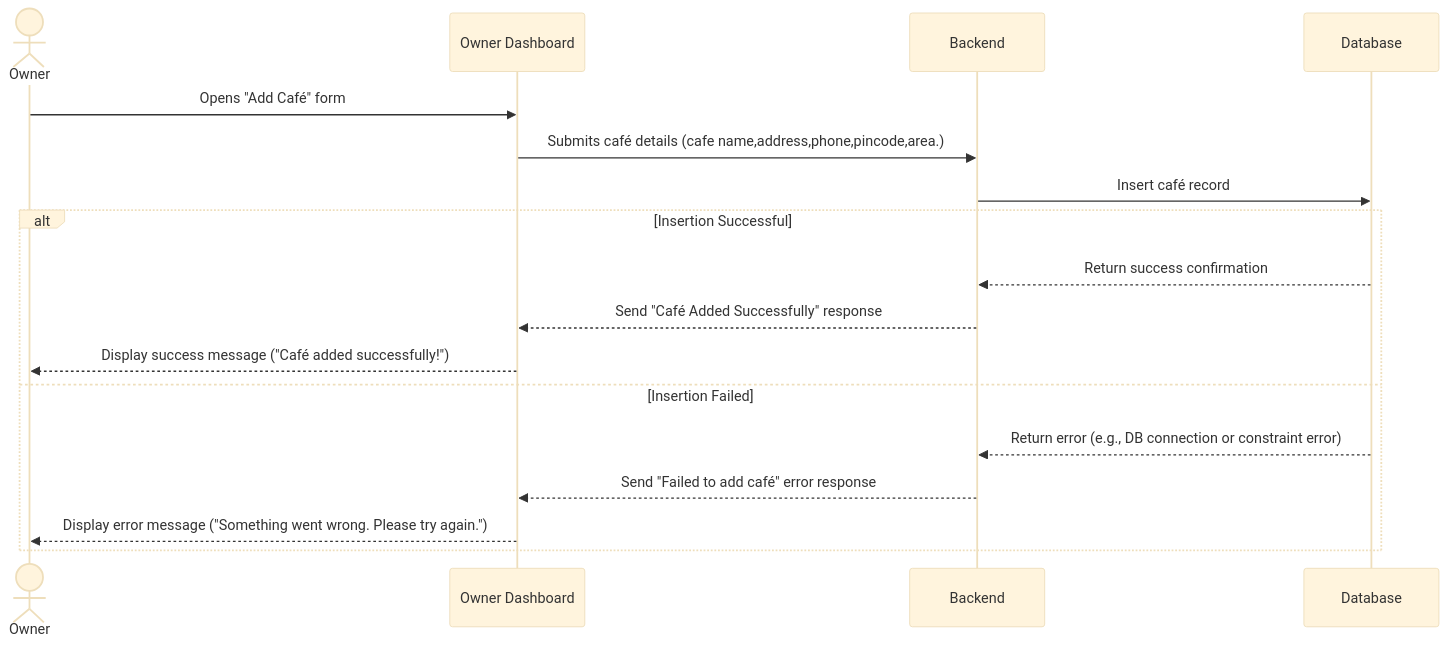
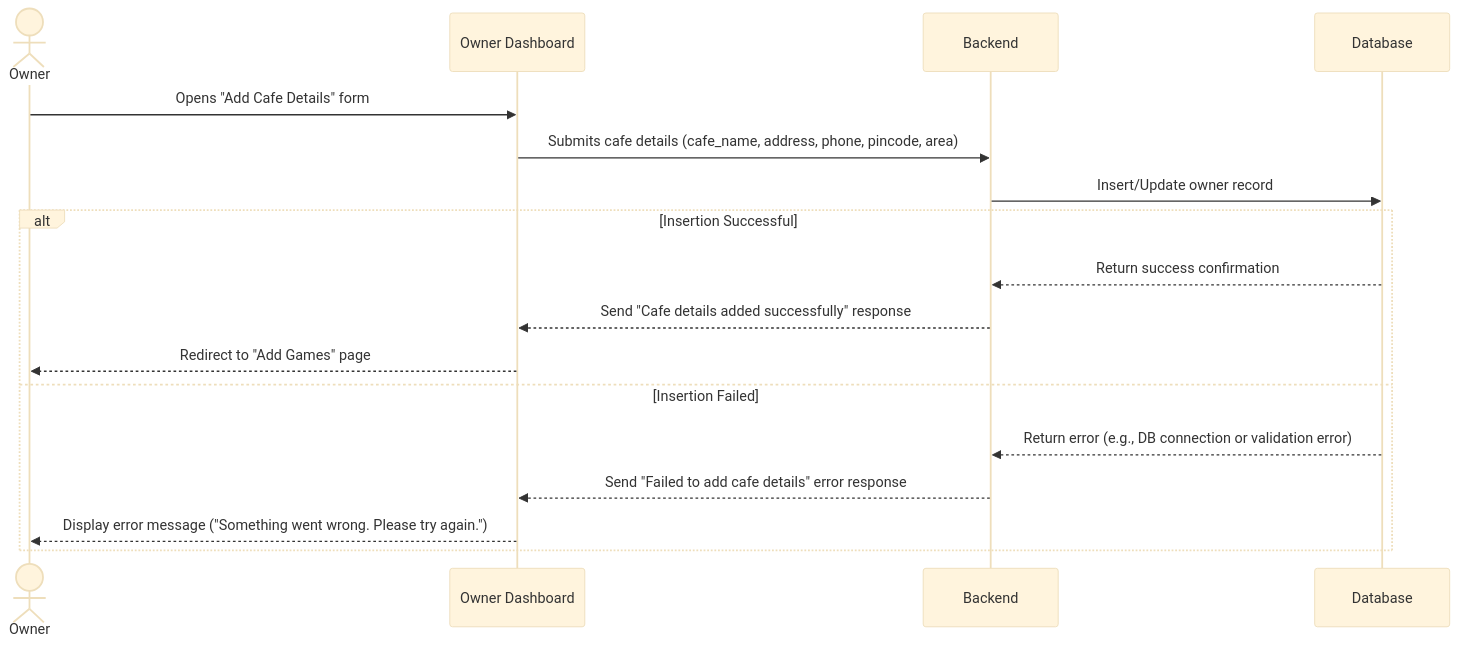
Before and after one commit to yuvrajsingh-Gkmit/gamegrid-docs: the fifth of 8 diagrams in docs/index.md, drawn with Mermaid. The commit also changed other lines of this file and 1 other file, not shown here.

Commit message:
feat: update site name and description in mkdocs configuration; enhance navigation and markdown extensions

````diff
--- a/docs/index.md
+++ b/docs/index.md
@@ -640,23 +610,23 @@
 ```mermaid
 %%{init: {'theme':'base', 'themeVariables': { 'fontSize':'18px', 'fontFamily':'Arial'}}}%%
 sequenceDiagram
     actor Owner
     participant UI as Owner Dashboard
     participant API as Backend
     participant DB as Database
 
-    Owner->>UI: Opens "Add Café" form
-    UI->>API: Submits café details (cafe name,address,phone,pincode,area.)
-    API->>DB: Insert café record 
+    Owner->>UI: Opens "Add Cafe Details" form
+    UI->>API: Submits cafe details (cafe_name, address, phone, pincode, area)
+    API->>DB: Insert/Update owner record 
     
     alt Insertion Successful
         DB-->>API: Return success confirmation
-        API-->>UI: Send "Café Added Successfully" response
-        UI-->>Owner: Display success message ("Café added successfully!")
+        API-->>UI: Send "Cafe details added successfully" response
+        UI-->>Owner: Redirect to "Add Games" page
     else Insertion Failed
-        DB-->>API: Return error (e.g., DB connection or constraint error)
-        API-->>UI: Send "Failed to add café" error response
+        DB-->>API: Return error (e.g., DB connection or validation error)
+        API-->>UI: Send "Failed to add cafe details" error response
         UI-->>Owner: Display error message ("Something went wrong. Please try again.")
     end
 
 ```
````
